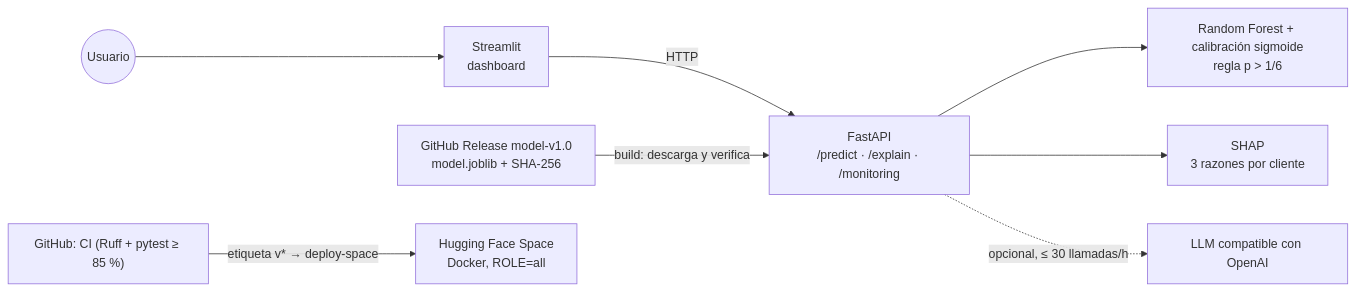
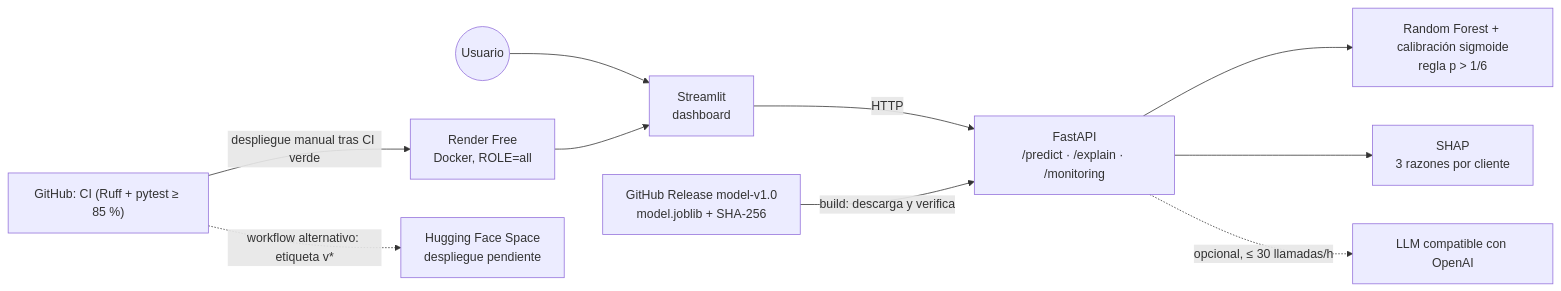
The first of 2 diagrams in README.md (darwinjaco/bank-churn-ml), drawn with Mermaid before and after one commit. The commit also changed other lines of this file and 7 other files, not shown here.

````diff
--- a/README.md
+++ b/README.md
@@ -39,10 +39,12 @@
 ```mermaid
 flowchart LR
     U((Usuario)) --> ST["Streamlit<br/>dashboard"]
     ST -- HTTP --> API["FastAPI<br/>/predict · /explain · /monitoring"]
     API --> M["Random Forest + calibración sigmoide<br/>regla p &gt; 1/6"]
     API --> SH["SHAP<br/>3 razones por cliente"]
     API -. "opcional, ≤ 30 llamadas/h" .-> LLM["LLM compatible con OpenAI"]
     REL["GitHub Release model-v1.0<br/>model.joblib + SHA-256"] -- "build: descarga y verifica" --> API
-    GH["GitHub: CI (Ruff + pytest ≥ 85 %)"] -- "etiqueta v* → deploy-space" --> HF["Hugging Face Space<br/>Docker, ROLE=all"]
+    GH["GitHub: CI (Ruff + pytest ≥ 85 %)"] -- "despliegue manual tras CI verde" --> RD["Render Free<br/>Docker, ROLE=all"]
+    RD --> ST
+    GH -. "workflow alternativo: etiqueta v*" .-> HF["Hugging Face Space<br/>despliegue pendiente"]
 ```
````
